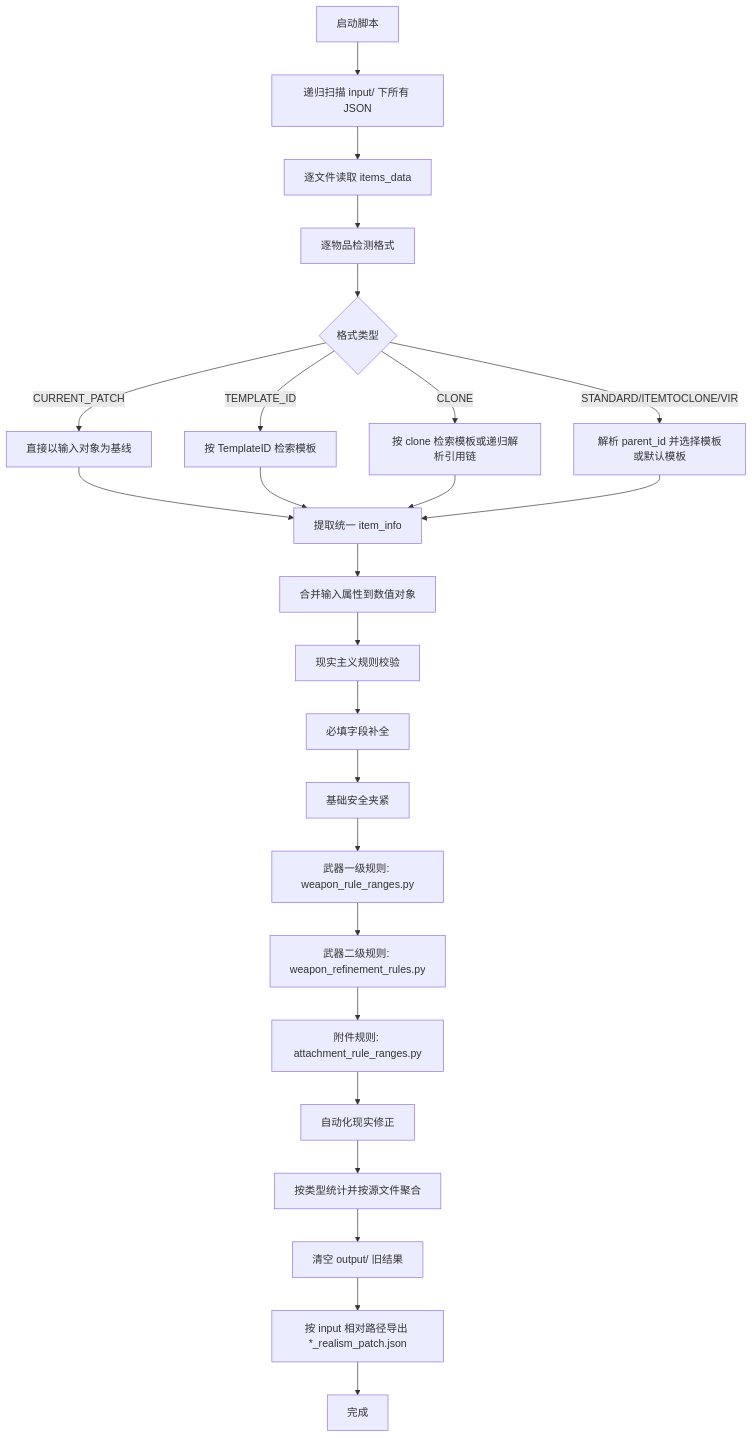
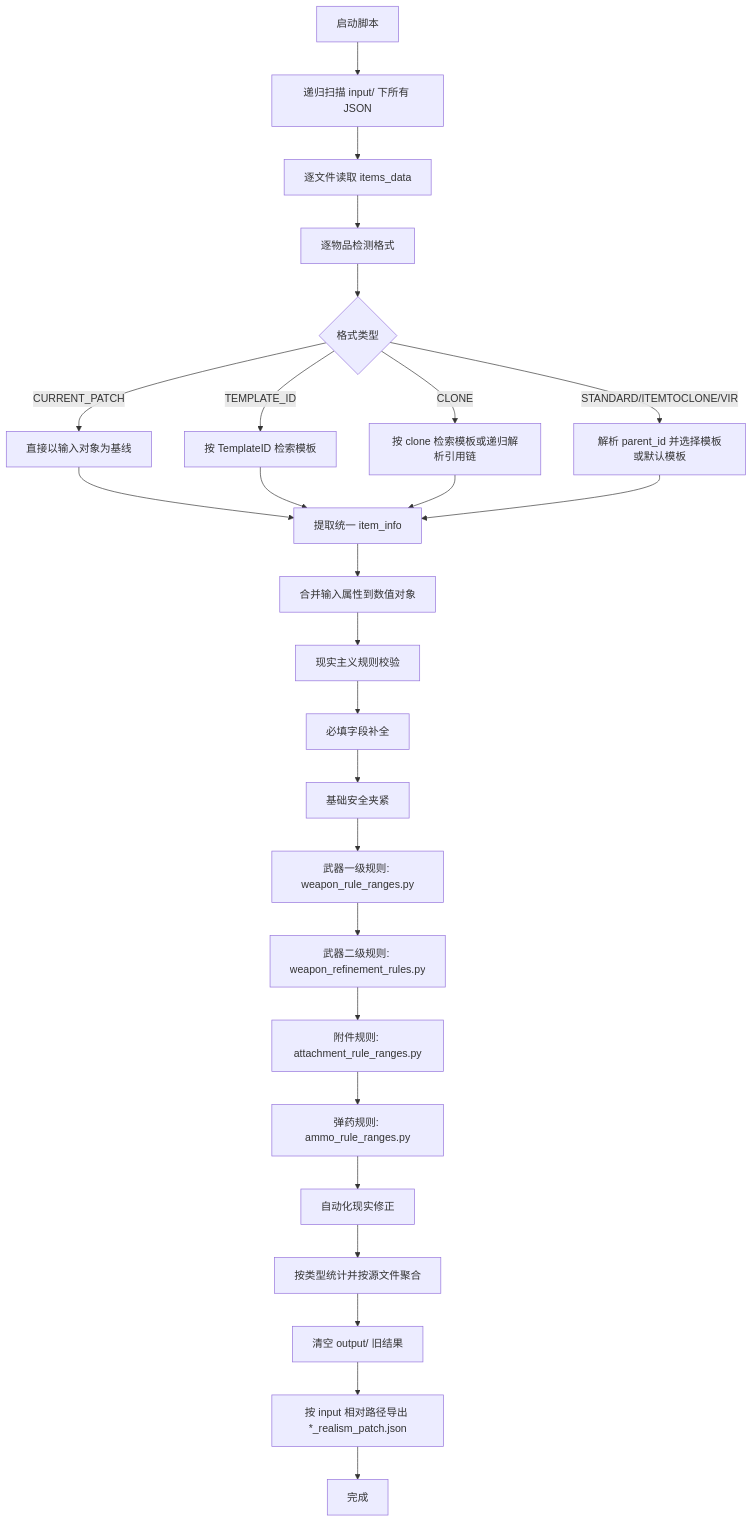
Before and after one commit to windersvista/NorvinskStalker_knowledgeBase: the diagram in 笔记/{0}ModPack Download/ModPack Tools/现实主义数值生成器/现实主义数值生成器使用说明.md, drawn with Mermaid. The commit also changed other lines of this file and 7 other files, not shown here.

````diff
--- a/笔记/{0}ModPack Download/ModPack Tools/现实主义数值生成器/现实主义数值生成器使用说明.md
+++ b/笔记/{0}ModPack Download/ModPack Tools/现实主义数值生成器/现实主义数值生成器使用说明.md
@@ -85,32 +96,33 @@
 ```mermaid
 flowchart TD
 	A[启动脚本] --> B[递归扫描 input/ 下所有 JSON]
 	B --> C[逐文件读取 items_data]
 	C --> D[逐物品检测格式]
 
 	D --> E{格式类型}
 	E -->|CURRENT_PATCH| F1[直接以输入对象为基线]
 	E -->|TEMPLATE_ID| F2[按 TemplateID 检索模板]
 	E -->|CLONE| F3[按 clone 检索模板或递归解析引用链]
 	E -->|STANDARD/ITEMTOCLONE/VIR| F4[解析 parent_id 并选择模板或默认模板]
 
 	F1 --> G[提取统一 item_info]
 	F2 --> G
 	F3 --> G
 	F4 --> G
 
 	G --> H[合并输入属性到数值对象]
 	H --> I[现实主义规则校验]
 
 	I --> I1[必填字段补全]
 	I1 --> I2[基础安全夹紧]
 	I2 --> I3[武器一级规则: weapon_rule_ranges.py]
 	I3 --> I4[武器二级规则: weapon_refinement_rules.py]
 	I4 --> I5[附件规则: attachment_rule_ranges.py]
-	I5 --> I6[自动化现实修正]
+	I5 --> I6[弹药规则: ammo_rule_ranges.py]
+	I6 --> I7[自动化现实修正]
 
-	I6 --> J[按类型统计并按源文件聚合]
+	I7 --> J[按类型统计并按源文件聚合]
 	J --> K[清空 output/ 旧结果]
 	K --> L[按 input 相对路径导出 *_realism_patch.json]
 	L --> M[完成]
 ```
````
